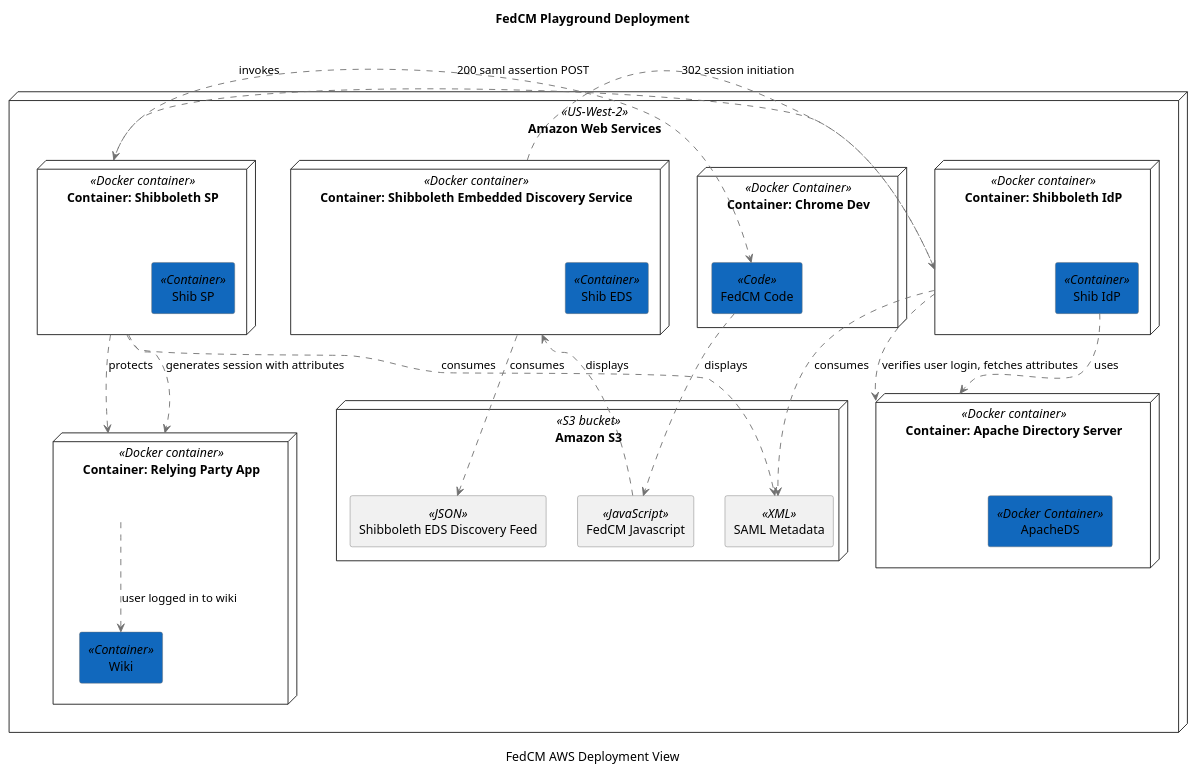
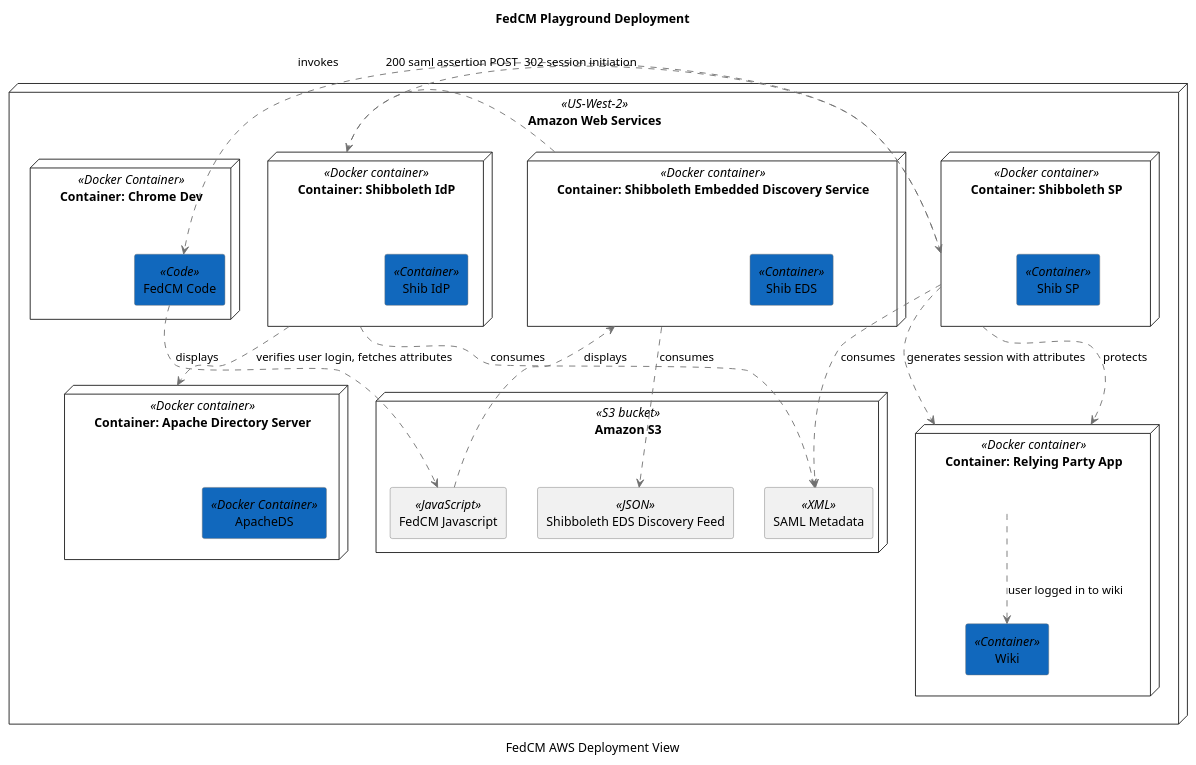
The diagram in documentation/playground-architecture.plantuml (nckroy/ApacheDS-Docker), drawn with PlantUML before and after one commit. The commit also changed 1 other file, not shown here.

Commit message:
Updated playground diagram

```diff
--- a/documentation/playground-architecture.plantuml
+++ b/documentation/playground-architecture.plantuml
@@ -1,53 +1,52 @@
 @startuml
 scale max 2000x1414
 title FedCM Playground Deployment
 caption FedCM AWS Deployment View
 
 skinparam {
   shadowing false
   arrowColor #707070
   actorBorderColor #707070
   componentBorderColor #707070
   rectangleBorderColor #707070
   noteBackgroundColor #ffffff
   noteBorderColor #707070
 }
 node "Amazon Web Services" <<US-West-2>> as aws {
   node "Container: Chrome Dev" <<Docker Container>> as chromedev {
     rectangle "FedCM Code" <<Code>> as fedcmapi #1168bd
   }
   node "Container: Apache Directory Server" <<Docker container>> as apacheds {
     rectangle "ApacheDS" <<Docker Container>> as apachedscontainer #1168bd
   }
   node "Container: Shibboleth IdP" <<Docker container>> as shibidp {
     rectangle "Shib IdP" <<Container>> as shibidpcontainer #1168bd
   }
   node "Container: Shibboleth SP" <<Docker container>> as shibsp {
     rectangle "Shib SP" <<Container>> as shibspcontainer #1168bd
   }
   node "Container: Relying Party App" <<Docker container>> as rp {
     rectangle "Wiki" <<Container>> as wikicontainer #1168bd
   }
   node "Container: Shibboleth Embedded Discovery Service" <<Docker container>> as eds {
     rectangle "Shib EDS" <<Container>> as edscontainer #1168bd
   }
   node "Amazon S3" <<S3 bucket>> as s3 {
     rectangle "SAML Metadata" <<XML>> as metadata
     rectangle "Shibboleth EDS Discovery Feed" <<JSON>> as discofeed
     rectangle "FedCM Javascript" <<JavaScript>> as fedcmjs
   }
 }
-shibidpcontainer .[#707070].> apacheds : uses
 shibsp .[#707070].> rp : protects
 shibidp .[#707070].> metadata : consumes
 eds .[#707070].> discofeed : consumes
 shibsp .[#707070].> metadata : consumes
 shibsp .[#707070].> fedcmapi : invokes
 fedcmapi .[#707070].> fedcmjs : displays
 fedcmjs .[#707070].> eds : displays
 eds .[#707070].> shibidp : 302 session initiation
 shibidp .[#707070].> apacheds : verifies user login, fetches attributes
 shibidp .[#707070].> shibsp : 200 saml assertion POST
 shibsp .[#707070].> rp : generates session with attributes
 rp .[#707070].> wikicontainer : user logged in to wiki
 @enduml
```
